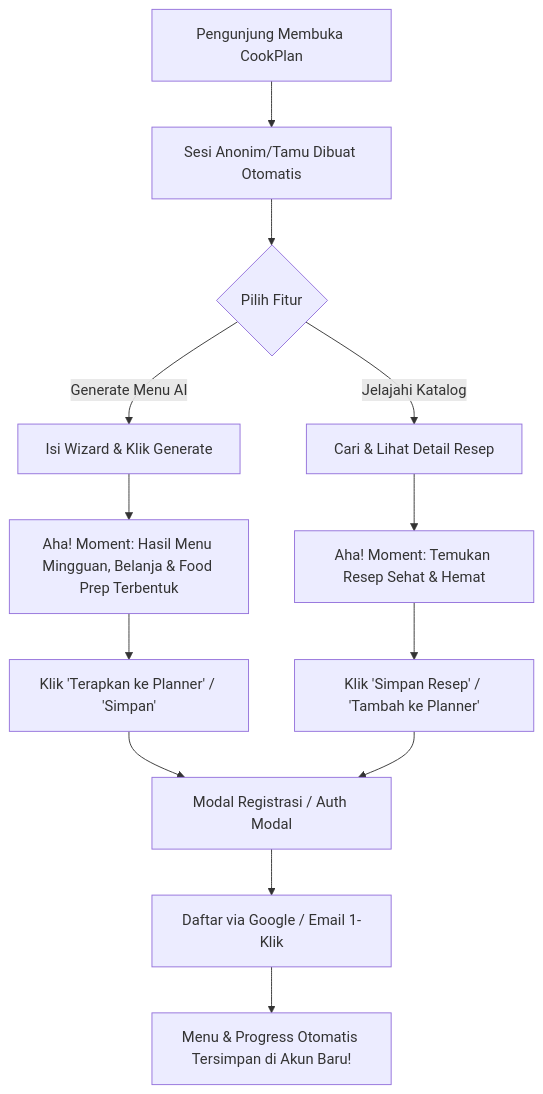
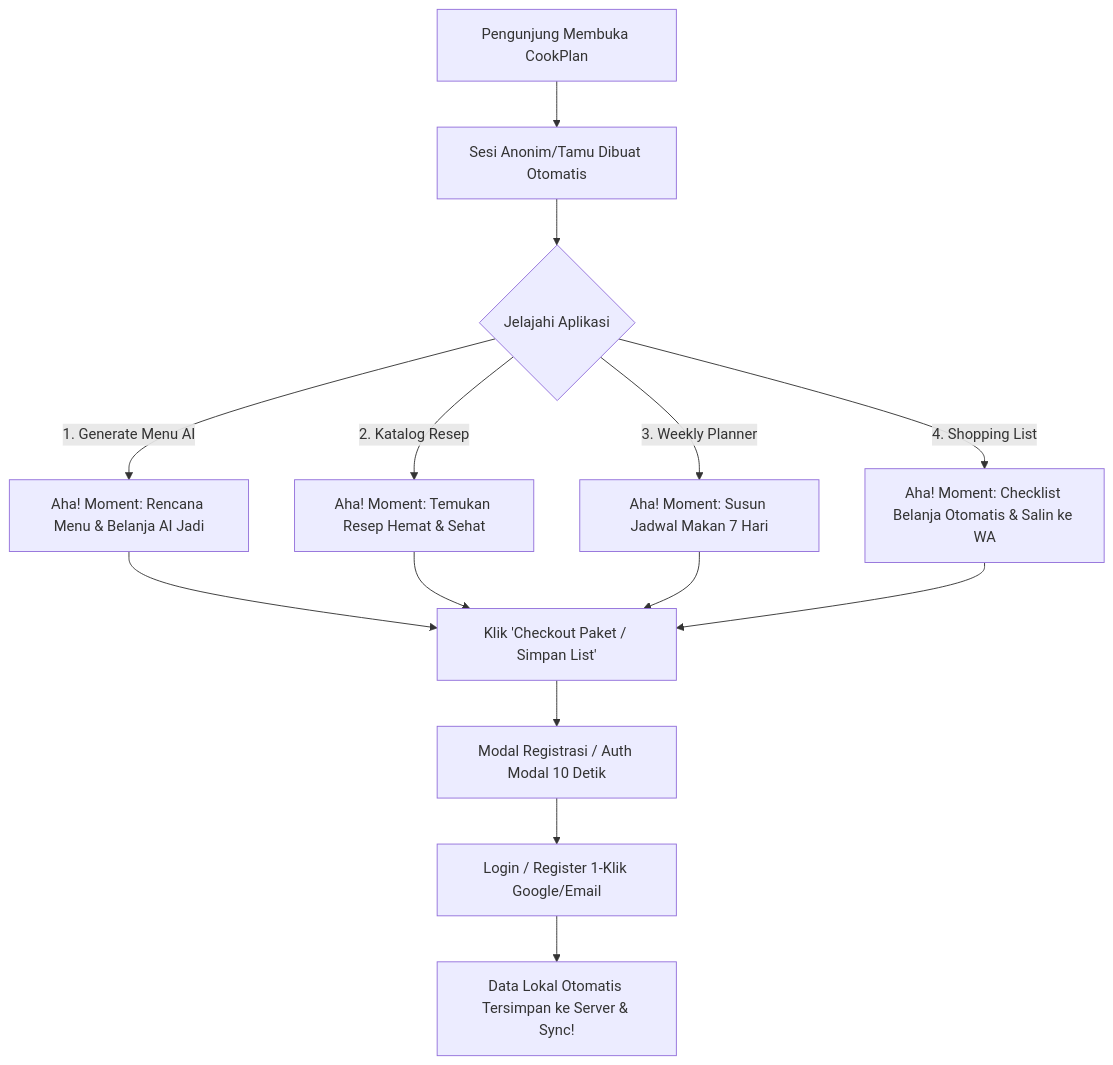
One commit to LeonardoTralala/CookPlan changed the diagram in docs/PRD_ONBOARDING_FRICTION_REDUCTION.md. Above: the diagram before and after it, drawn with Mermaid. The commit also changed other lines of this file, not shown here.

Commit message:
docs: perbarui PRD untuk membuka Planner dan Belanja di Guest Mode

````diff
--- a/docs/PRD_ONBOARDING_FRICTION_REDUCTION.md
+++ b/docs/PRD_ONBOARDING_FRICTION_REDUCTION.md
@@ -66,19 +65,18 @@
 ```mermaid
 flowchart TD
     A[Pengunjung Membuka CookPlan] --> B[Sesi Anonim/Tamu Dibuat Otomatis]
-    B --> C{Pilih Fitur}
-    C -->|Generate Menu AI| D[Isi Wizard & Klik Generate]
-    C -->|Jelajahi Katalog| E[Cari & Lihat Detail Resep]
+    B --> C{Jelajahi Aplikasi}
+    C -->|1. Generate Menu AI| D["Aha! Moment: Rencana Menu & Belanja AI Jadi"]
+    C -->|2. Katalog Resep| E["Aha! Moment: Temukan Resep Hemat & Sehat"]
+    C -->|3. Weekly Planner| F["Aha! Moment: Susun Jadwal Makan 7 Hari"]
+    C -->|4. Shopping List| G["Aha! Moment: Checklist Belanja Otomatis & Salin ke WA"]
     
-    D --> F["Aha! Moment: Hasil Menu Mingguan, Belanja & Food Prep Terbentuk"]
-    E --> G["Aha! Moment: Temukan Resep Sehat & Hemat"]
+    D --> H[Klik 'Simpan / Terapkan ke Planner']
+    E --> H[Klik 'Bookmark / Like Resep']
+    F --> H[Klik 'Simpan Permanen']
+    G --> H[Klik 'Checkout Paket / Simpan List']
     
-    F --> H[Klik 'Terapkan ke Planner' / 'Simpan']
-    G --> I[Klik 'Simpan Resep' / 'Tambah ke Planner']
-    
-    H --> J[Modal Registrasi / Auth Modal]
-    I --> J
-    
-    J --> K[Daftar via Google / Email 1-Klik]
-    K --> L[Menu & Progress Otomatis Tersimpan di Akun Baru!]
+    H --> I[Modal Registrasi / Auth Modal 10 Detik]
+    I --> J[Login / Register 1-Klik Google/Email]
+    J --> K[Data Lokal Otomatis Tersimpan ke Server & Sync!]
 ```
````
